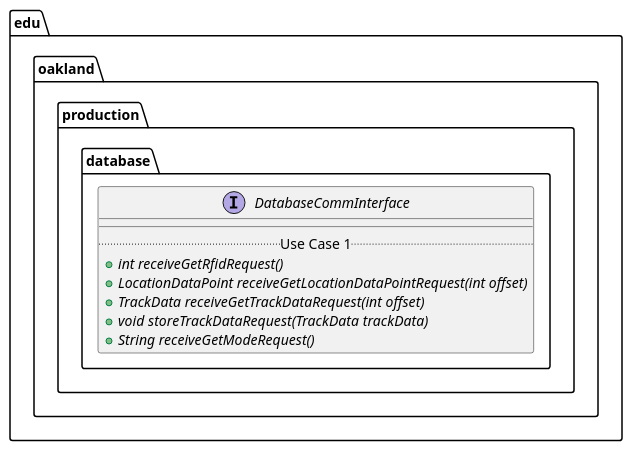
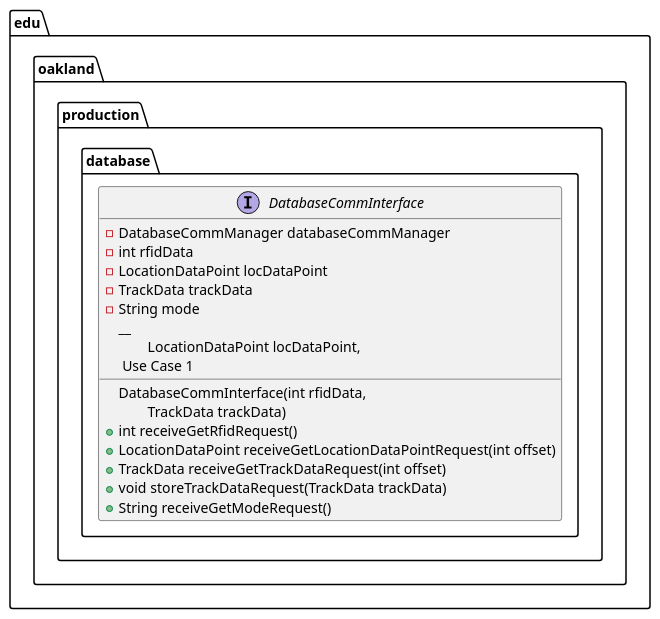
Before and after one commit to andrewdimmer/csi-3370-software-project: the diagram in docs/uml-class-diagrams/database/production/DatabaseCommInterface/DatabaseCommInterface.puml, drawn with PlantUML. The commit also changed 2 other files, not shown here.

Commit message:
Update CommInterface puml

```diff
--- a/docs/uml-class-diagrams/database/production/DatabaseCommInterface/DatabaseCommInterface.puml
+++ b/docs/uml-class-diagrams/database/production/DatabaseCommInterface/DatabaseCommInterface.puml
@@ -1,15 +1,24 @@
 @startuml DatabaseCommInterface
 
 package edu.oakland.production.database {
     interface DatabaseCommInterface {
+    	- DatabaseCommManager databaseCommManager
+    	- int rfidData
+    	- LocationDataPoint locDataPoint
+    	- TrackData trackData
+    	- String mode
         __
+        DatabaseCommInterface(int rfidData, 
+        \tLocationDataPoint locDataPoint,
+        \tTrackData trackData)
         .. Use Case 1 ..
-        {abstract} + int receiveGetRfidRequest()
-        {abstract} + LocationDataPoint receiveGetLocationDataPointRequest(int offset)
-        {abstract} + TrackData receiveGetTrackDataRequest(int offset)
-        {abstract} + void storeTrackDataRequest(TrackData trackData)
-        {abstract} + String receiveGetModeRequest()
+        + int receiveGetRfidRequest()
+        + LocationDataPoint receiveGetLocationDataPointRequest(int offset)
+        + TrackData receiveGetTrackDataRequest(int offset)
+        + void storeTrackDataRequest(TrackData trackData)
+        + String receiveGetModeRequest()
+        
     }
 }
 
 @enduml
```
